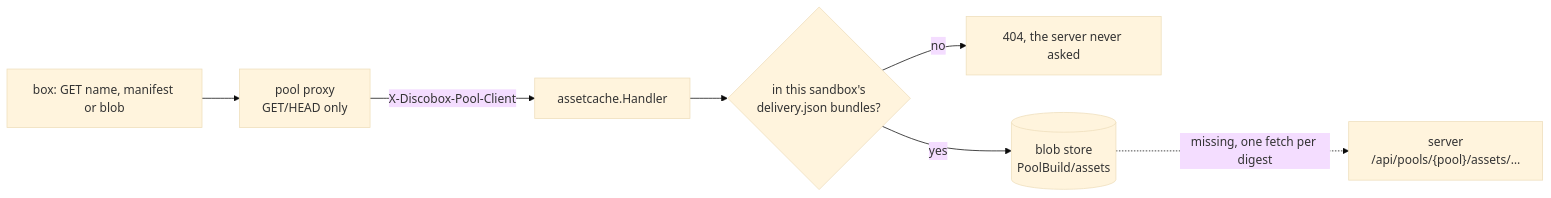
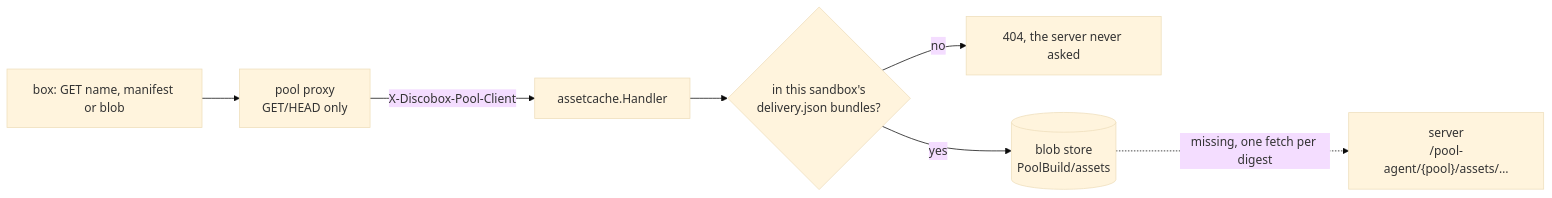
The sixth of 13 diagrams in pool-agent/DESIGN.md (discobox-ai/discobox), drawn with Mermaid (base theme) before and after one commit. The commit also changed other lines of this file and 74 other files, not shown here.

First line of the commit message:
feat(server): publish canonical API routes with legacy aliases

````diff
--- a/pool-agent/DESIGN.md
+++ b/pool-agent/DESIGN.md
@@ -1579,9 +1579,9 @@
 ```mermaid
 flowchart LR
   box["box: GET name, manifest or blob"] --> proxy["pool proxy<br/>GET/HEAD only"]
   proxy -->|"X-Discobox-Pool-Client"| cache["assetcache.Handler"]
   cache --> rec{"in this sandbox's<br/>delivery.json bundles?"}
   rec -->|no| nf["404, the server never asked"]
   rec -->|yes| store[("blob store<br/>PoolBuild/assets")]
-  store -.->|missing, one fetch per digest| server["server<br/>/api/pools/{pool}/assets/…"]
+  store -.->|missing, one fetch per digest| server["server<br/>/pool-agent/{pool}/assets/…"]
 ```
````
